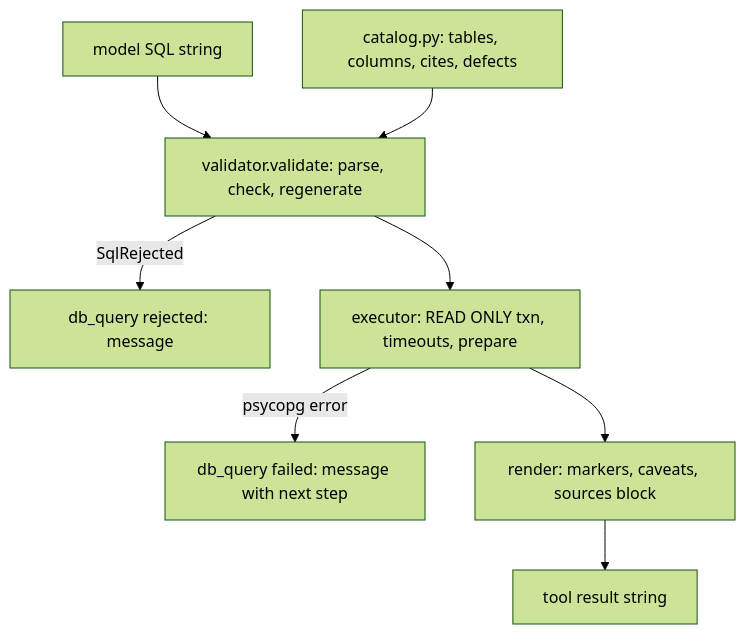
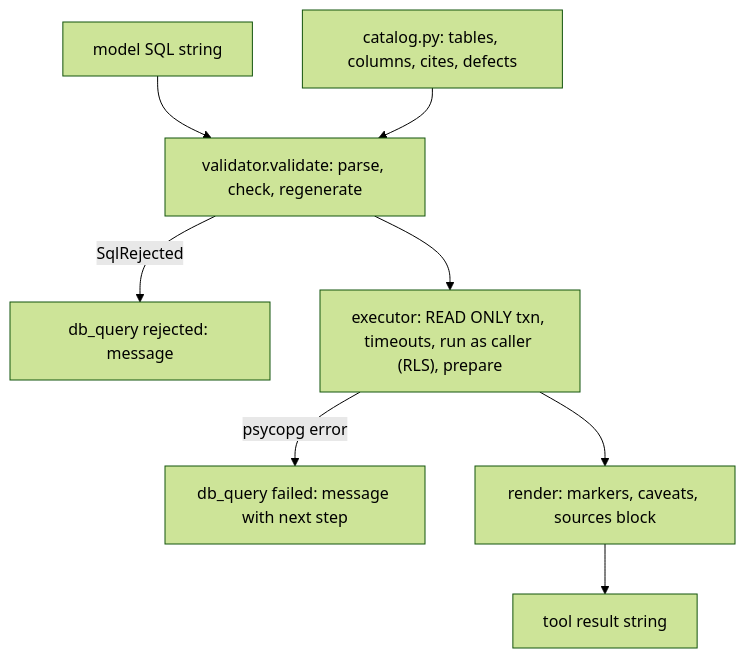
The diagram in openwiki/architecture/ask-sangam.md (project-tech4dev/sangam), drawn with Mermaid (forest theme) before and after one commit. The commit also changed other lines of this file and 41 other files, not shown here.

````diff
--- a/openwiki/architecture/ask-sangam.md
+++ b/openwiki/architecture/ask-sangam.md
@@ -140,10 +150,10 @@
 ```mermaid
 flowchart TD
     M["model SQL string"] --> V["validator.validate: parse, check, regenerate"]
     C["catalog.py: tables, columns, cites, defects"] --> V
     V -->|"SqlRejected"| E1["db_query rejected: message"]
-    V --> X["executor: READ ONLY txn, timeouts, prepare"]
+    V --> X["executor: READ ONLY txn, timeouts, run as caller (RLS), prepare"]
     X -->|"psycopg error"| E2["db_query failed: message with next step"]
     X --> R["render: markers, caveats, sources block"]
     R --> O["tool result string"]
 ```
````
